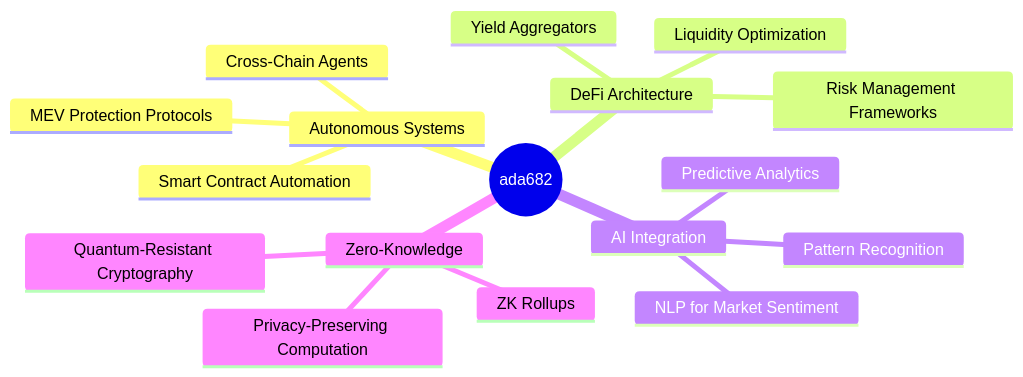
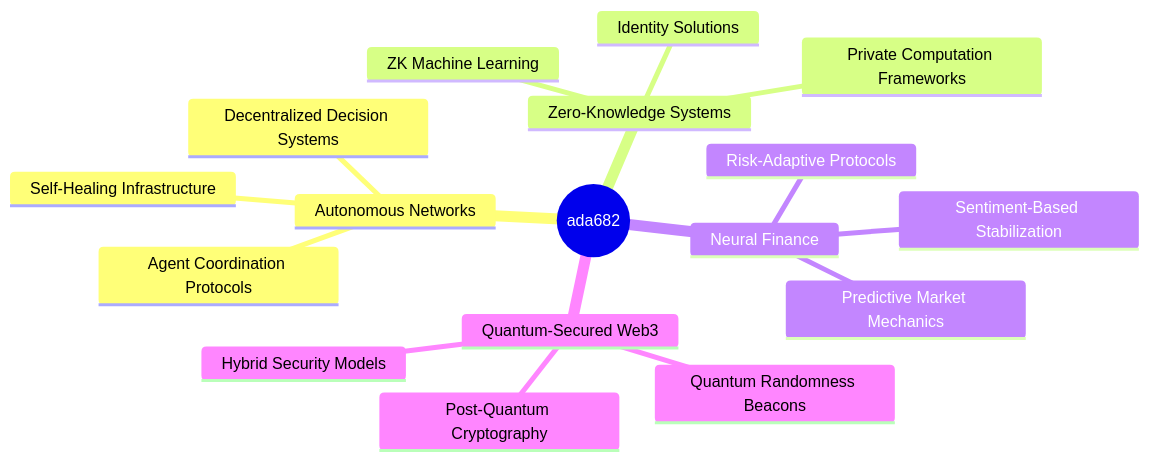
The diagram in Readme.md (ada682/ada682), drawn with Mermaid before and after one commit. The commit also changed other lines of this file, not shown here.

````diff
--- a/Readme.md
+++ b/Readme.md
@@ -64,20 +114,20 @@
 ```mermaid
 mindmap
-  root((ada682))
-    Autonomous Systems
-      Smart Contract Automation
-      Cross-Chain Agents
-      MEV Protection Protocols
-    DeFi Architecture
-      Liquidity Optimization
-      Risk Management Frameworks
-      Yield Aggregators
-    AI Integration
-      Predictive Analytics
-      NLP for Market Sentiment
-      Pattern Recognition
-    Zero-Knowledge
-      Privacy-Preserving Computation
-      ZK Rollups
-      Quantum-Resistant Cryptography
+  root(("ada682"))
+    Autonomous Networks
+      Agent Coordination Protocols
+      Self-Healing Infrastructure
+      Decentralized Decision Systems
+    Zero-Knowledge Systems
+      ZK Machine Learning
+      Private Computation Frameworks
+      Identity Solutions
+    Neural Finance
+      Risk-Adaptive Protocols
+      Predictive Market Mechanics
+      Sentiment-Based Stabilization
+    Quantum-Secured Web3
+      Post-Quantum Cryptography
+      Quantum Randomness Beacons
+      Hybrid Security Models
 ```
````
